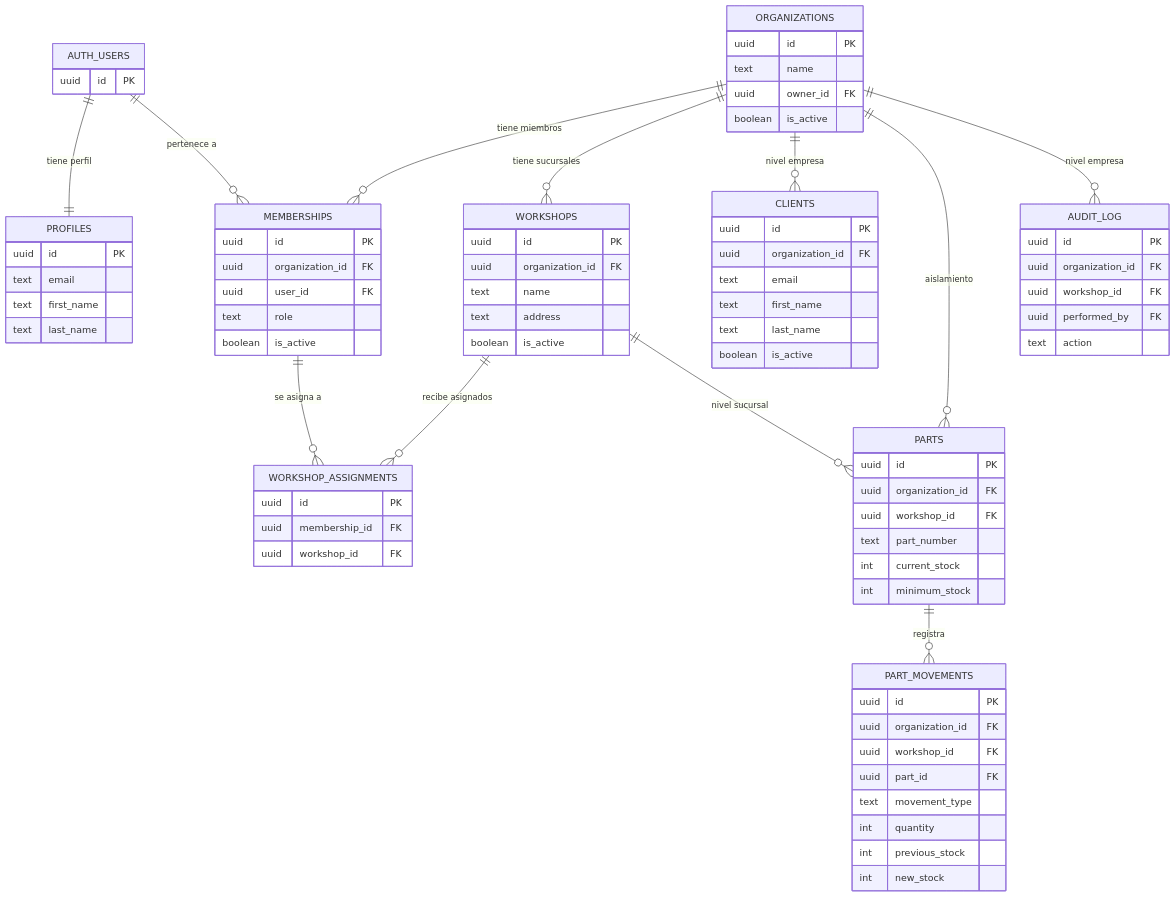
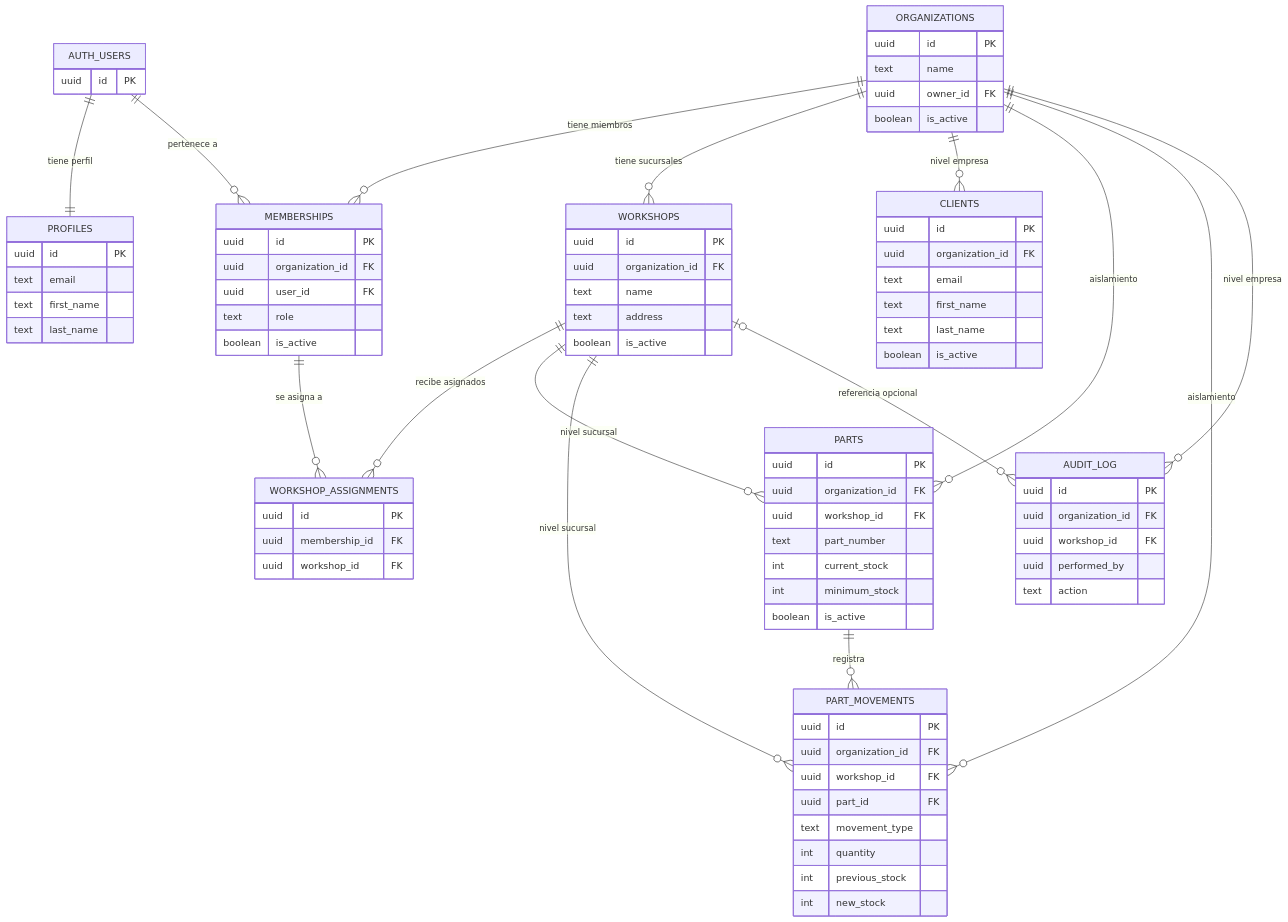
Before and after one commit to dtarqui/MotoCore: the diagram in docs/ingenieria/05-modelo-datos.md, drawn with Mermaid. The commit also changed other lines of this file and 19 other files, not shown here.

````diff
--- a/docs/ingenieria/05-modelo-datos.md
+++ b/docs/ingenieria/05-modelo-datos.md
@@ -18,7 +18,10 @@
     ORGANIZATIONS ||--o{ PARTS : "aislamiento"
     WORKSHOPS ||--o{ PARTS : "nivel sucursal"
     PARTS ||--o{ PART_MOVEMENTS : "registra"
+    ORGANIZATIONS ||--o{ PART_MOVEMENTS : "aislamiento"
+    WORKSHOPS ||--o{ PART_MOVEMENTS : "nivel sucursal"
     ORGANIZATIONS ||--o{ AUDIT_LOG : "nivel empresa"
+    WORKSHOPS |o--o{ AUDIT_LOG : "referencia opcional"
 
     AUTH_USERS { uuid id PK }
     PROFILES {
@@ -67,6 +70,7 @@
         text part_number
         int current_stock
         int minimum_stock
+        boolean is_active
     }
     PART_MOVEMENTS {
         uuid id PK
@@ -82,7 +86,7 @@
         uuid id PK
         uuid organization_id FK
         uuid workshop_id FK
-        uuid performed_by FK
+        uuid performed_by
         text action
     }
 ```
````
